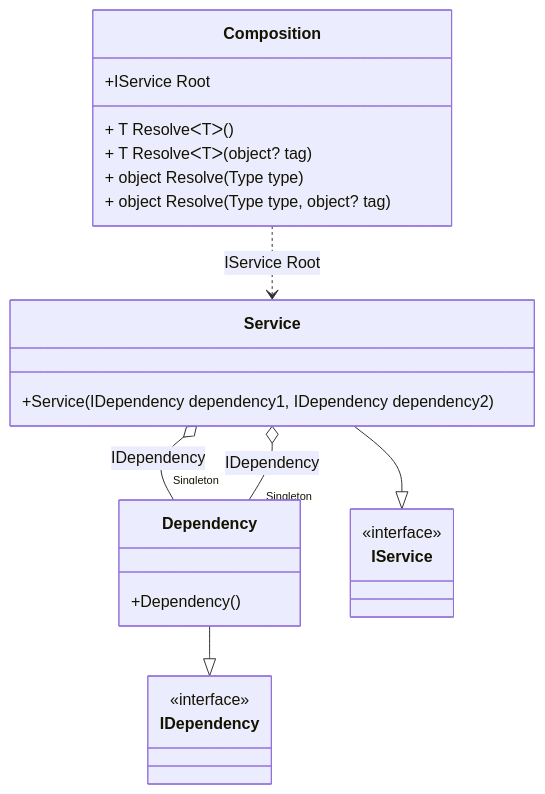
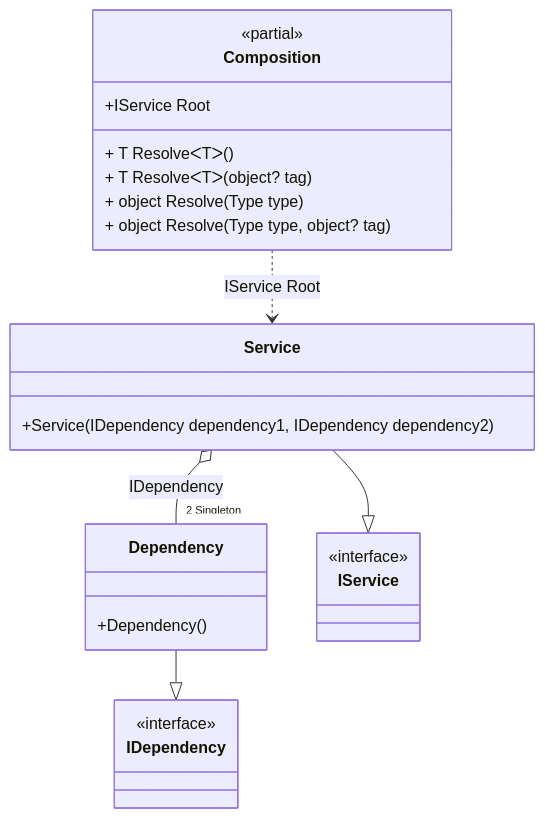
Before and after one commit to DevTeam/Pure.DI: the diagram in readme/default-lifetime.md, drawn with Mermaid. The commit also changed 74 other files, not shown here.

Commit message:
Improved class diagram

````diff
--- a/readme/default-lifetime.md
+++ b/readme/default-lifetime.md
@@ -48,27 +48,27 @@
 ```mermaid
 classDiagram
 	class Composition {
+		<<partial>>
 		+IService Root
 		+ T ResolveᐸTᐳ()
 		+ T ResolveᐸTᐳ(object? tag)
 		+ object Resolve(Type type)
 		+ object Resolve(Type type, object? tag)
 	}
 	Dependency --|> IDependency : 
 	class Dependency {
 		+Dependency()
 	}
 	Service --|> IService : 
 	class Service {
 		+Service(IDependency dependency1, IDependency dependency2)
 	}
 	class IDependency {
 		<<interface>>
 	}
 	class IService {
 		<<interface>>
 	}
-	Service o--  "Singleton" Dependency : IDependency
-	Service o--  "Singleton" Dependency : IDependency
+	Service o-- "2 Singleton" Dependency : IDependency
 	Composition ..> Service : IService Root
 ```
````
